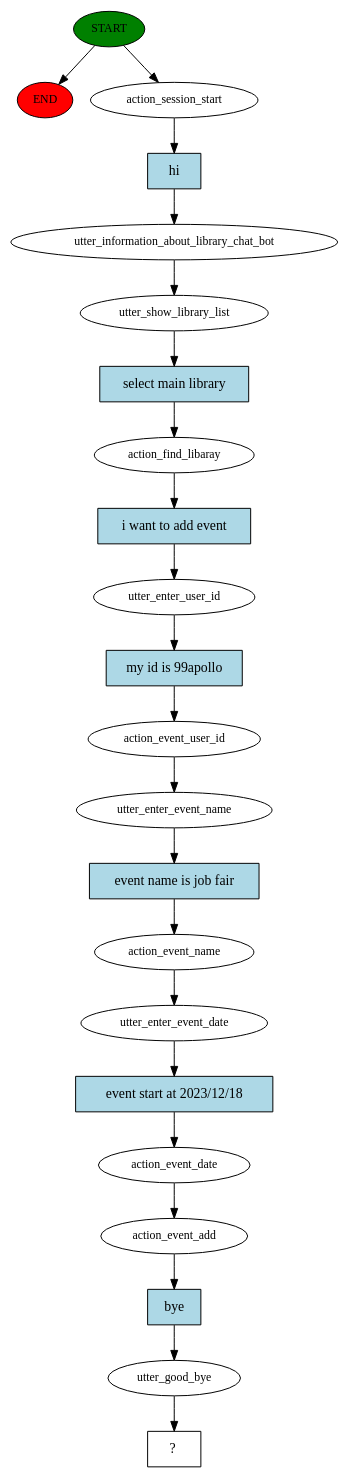
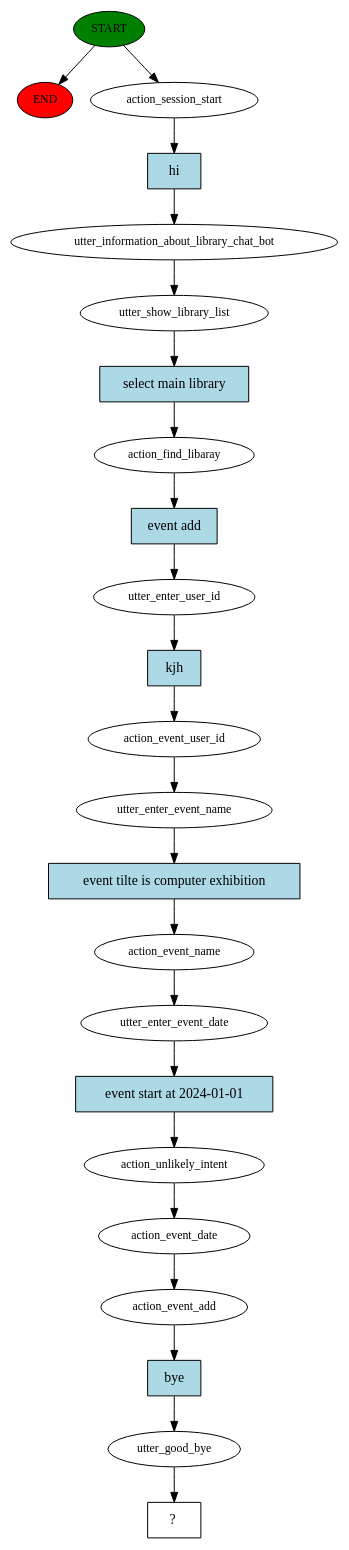
The diagram in story_graph.dot (99apollo/rasa), drawn with Graphviz before and after one commit. The commit also changed 11 other files, not shown here.

```diff
--- a/story_graph.dot
+++ b/story_graph.dot
@@ -1,45 +1,47 @@
 digraph  {
 0 [class="start active", fillcolor=green, fontsize=12, label=START, style=filled];
 "-1" [class=end, fillcolor=red, fontsize=12, label=END, style=filled];
 1 [class=active, fontsize=12, label=action_session_start];
 2 [class=active, fontsize=12, label=utter_information_about_library_chat_bot];
 3 [class=active, fontsize=12, label=utter_show_library_list];
 4 [class=active, fontsize=12, label=action_find_libaray];
 5 [class=active, fontsize=12, label=utter_enter_user_id];
 6 [class=active, fontsize=12, label=action_event_user_id];
 7 [class=active, fontsize=12, label=utter_enter_event_name];
 8 [class=active, fontsize=12, label=action_event_name];
 9 [class=active, fontsize=12, label=utter_enter_event_date];
-10 [class=active, fontsize=12, label=action_event_date];
-11 [class=active, fontsize=12, label=action_event_add];
-12 [class=active, fontsize=12, label=utter_good_bye];
-13 [class="intent dashed active", label="  ?  ", shape=rect];
-14 [class="intent active", fillcolor=lightblue, label=hi, shape=rect, style=filled];
-15 [class="intent active", fillcolor=lightblue, label="select main library", shape=rect, style=filled];
-16 [class="intent active", fillcolor=lightblue, label="i want to add event", shape=rect, style=filled];
-17 [class="intent active", fillcolor=lightblue, label="my id is 99apollo", shape=rect, style=filled];
-18 [class="intent active", fillcolor=lightblue, label="event name is job fair", shape=rect, style=filled];
-19 [class="intent active", fillcolor=lightblue, label="event start at 2023/12/18", shape=rect, style=filled];
-20 [class="intent active", fillcolor=lightblue, label=bye, shape=rect, style=filled];
+10 [class=active, fontsize=12, label=action_unlikely_intent];
+11 [class=active, fontsize=12, label=action_event_date];
+12 [class=active, fontsize=12, label=action_event_add];
+13 [class=active, fontsize=12, label=utter_good_bye];
+14 [class="intent dashed active", label="  ?  ", shape=rect];
+15 [class="intent active", fillcolor=lightblue, label=hi, shape=rect, style=filled];
+16 [class="intent active", fillcolor=lightblue, label="select main library", shape=rect, style=filled];
+17 [class="intent active", fillcolor=lightblue, label="event add", shape=rect, style=filled];
+18 [class="intent active", fillcolor=lightblue, label=kjh, shape=rect, style=filled];
+19 [class="intent active", fillcolor=lightblue, label="event tilte is computer exhibition", shape=rect, style=filled];
+20 [class="intent active", fillcolor=lightblue, label="event start at 2024-01-01", shape=rect, style=filled];
+21 [class="intent active", fillcolor=lightblue, label=bye, shape=rect, style=filled];
 0 -> "-1"  [class="", key=NONE, label=""];
 0 -> 1  [class=active, key=NONE, label=""];
-1 -> 14  [class=active, key=0];
+1 -> 15  [class=active, key=0];
 2 -> 3  [class=active, key=NONE, label=""];
-3 -> 15  [class=active, key=0];
-4 -> 16  [class=active, key=0];
-5 -> 17  [class=active, key=0];
+3 -> 16  [class=active, key=0];
+4 -> 17  [class=active, key=0];
+5 -> 18  [class=active, key=0];
 6 -> 7  [class=active, key=NONE, label=""];
-7 -> 18  [class=active, key=0];
+7 -> 19  [class=active, key=0];
 8 -> 9  [class=active, key=NONE, label=""];
-9 -> 19  [class=active, key=0];
+9 -> 20  [class=active, key=0];
 10 -> 11  [class=active, key=NONE, label=""];
-11 -> 20  [class=active, key=0];
-12 -> 13  [class=active, key=NONE, label=""];
-14 -> 2  [class=active, key=0];
-15 -> 4  [class=active, key=0];
-16 -> 5  [class=active, key=0];
-17 -> 6  [class=active, key=0];
-18 -> 8  [class=active, key=0];
-19 -> 10  [class=active, key=0];
-20 -> 12  [class=active, key=0];
+11 -> 12  [class=active, key=NONE, label=""];
+12 -> 21  [class=active, key=0];
+13 -> 14  [class=active, key=NONE, label=""];
+15 -> 2  [class=active, key=0];
+16 -> 4  [class=active, key=0];
+17 -> 5  [class=active, key=0];
+18 -> 6  [class=active, key=0];
+19 -> 8  [class=active, key=0];
+20 -> 10  [class=active, key=0];
+21 -> 13  [class=active, key=0];
 }
```
